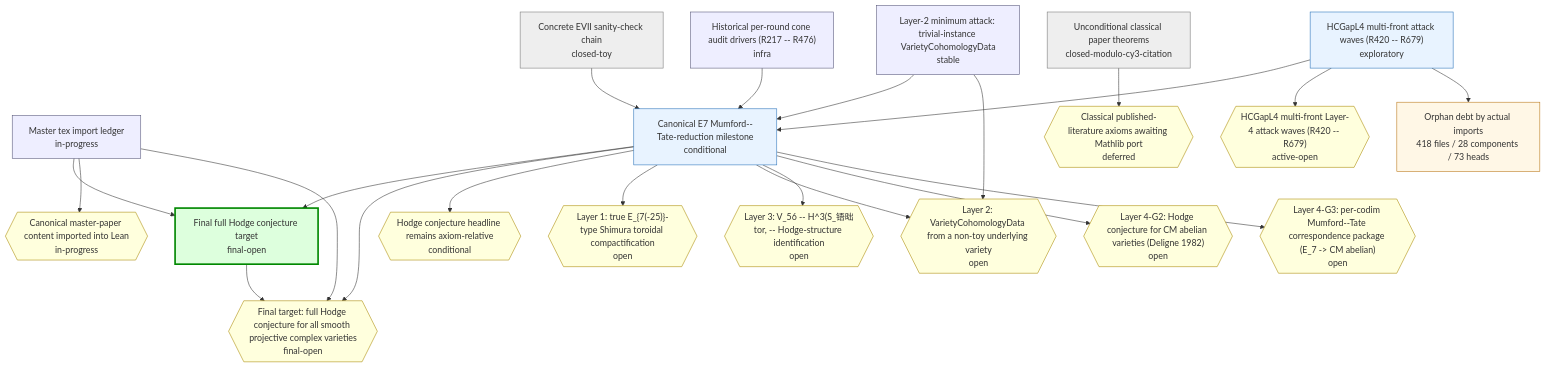
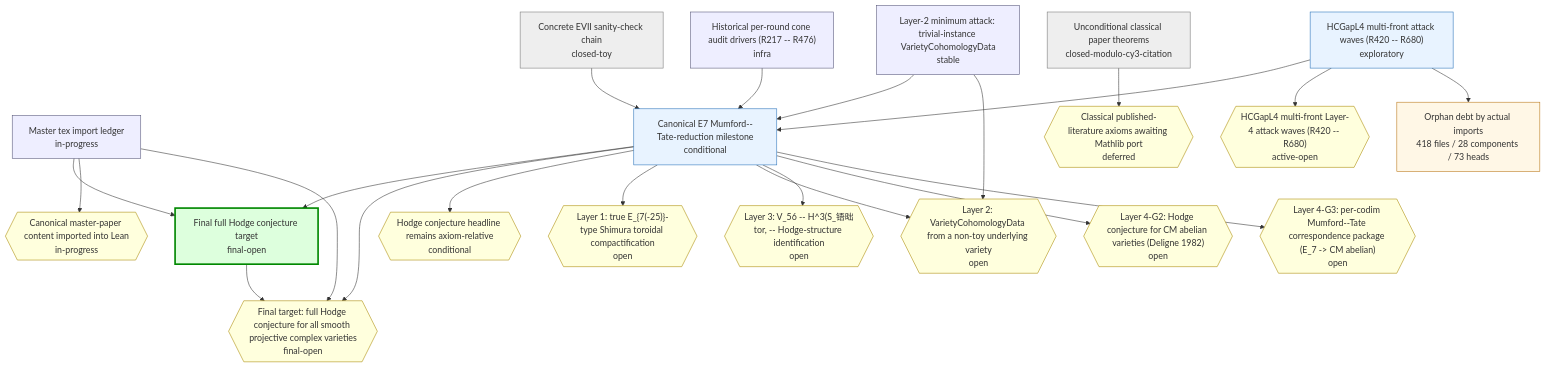
Before and after one commit to crabsatellite/hodge-conjecture-lean4-formalization: the first of 2 diagrams in chain-status/research-map.md, drawn with Mermaid. The commit also changed other lines of this file and 8 other files, not shown here.

````diff
--- a/chain-status/research-map.md
+++ b/chain-status/research-map.md
@@ -46,54 +46,54 @@
 ```mermaid
 graph TD
   classDef main fill:#dfd,stroke:#080,stroke-width:3px
   classDef active fill:#e8f3ff,stroke:#2670b8
   classDef support fill:#eef,stroke:#557
   classDef closed fill:#eee,stroke:#777
   classDef dead fill:#fdd,stroke:#a00,stroke-width:2px
   classDef gapOpen fill:#ffd,stroke:#a80
   classDef gapClosed fill:#eee,stroke:#777
   classDef gapDead fill:#fdd,stroke:#a00
   classDef debt fill:#fff7e6,stroke:#b87514
   classDef debtTaxonomy fill:#e8f3ff,stroke:#2670b8,stroke-dasharray:3 3
   classDef debtRule fill:#eefbea,stroke:#398439,stroke-dasharray:3 3
   classDef debtDead fill:#fdd,stroke:#a00,stroke-dasharray:3 3
   chain_full_hc_final_target["Final full Hodge conjecture target\nfinal-open"]:::main
   chain_master_paper_import_ledger["Master tex import ledger\nin-progress"]:::support
   chain_main_hc_axiom_relative["Canonical E7 Mumford--Tate-reduction milestone\nconditional"]:::active
   chain_unconditional_classical["Unconditional classical paper theorems\nclosed-modulo-cy3-citation"]:::closed
   chain_hcgap_l2_trivial_instances["Layer-2 minimum attack: trivial-instance VarietyCohomologyData\nstable"]:::support
-  chain_hcgap_l4_multifront_active["HCGapL4 multi-front attack waves (R420 -- R679)\nexploratory"]:::active
+  chain_hcgap_l4_multifront_active["HCGapL4 multi-front attack waves (R420 -- R680)\nexploratory"]:::active
   chain_concrete_evii_toy["Concrete EVII sanity-check chain\nclosed-toy"]:::closed
   chain_historical_cone_audits["Historical per-round cone audit drivers (R217 -- R476)\ninfra"]:::support
   gap_G_full_hc{{"Final target: full Hodge conjecture for all smooth projective complex varieties\nfinal-open"}}:::gapOpen
   gap_G_master_paper_import{{"Canonical master-paper content imported into Lean\nin-progress"}}:::gapOpen
   gap_G_main_hc{{"Hodge conjecture headline remains axiom-relative\nconditional"}}:::gapOpen
   gap_G_l1_e7_shimura_tor{{"Layer 1: true E_{7(-25)}-type Shimura toroidal compactification\nopen"}}:::gapOpen
   gap_G_l2_cohomology_construction{{"Layer 2: VarietyCohomologyData from a non-toy underlying variety\nopen"}}:::gapOpen
   gap_G_l3_v56_mt_identification{{"Layer 3: V_56 -- H^3(S_铻昢tor, -- Hodge-structure identification\nopen"}}:::gapOpen
   gap_G_l4_cm_abelian_hc{{"Layer 4-G2: Hodge conjecture for CM abelian varieties (Deligne 1982)\nopen"}}:::gapOpen
   gap_G_l4_mt_correspondence{{"Layer 4-G3: per-codim Mumford--Tate correspondence package (E_7 -> CM abelian)\nopen"}}:::gapOpen
   gap_G_classical_mathlib_port{{"Classical published-literature axioms awaiting Mathlib port\ndeferred"}}:::gapOpen
-  gap_G_hcgap_l4_multifront{{"HCGapL4 multi-front Layer-4 attack waves (R420 -- R679)\nactive-open"}}:::gapOpen
+  gap_G_hcgap_l4_multifront{{"HCGapL4 multi-front Layer-4 attack waves (R420 -- R680)\nactive-open"}}:::gapOpen
   chain_full_hc_final_target --> gap_G_full_hc
   chain_master_paper_import_ledger --> chain_full_hc_final_target
   chain_master_paper_import_ledger --> gap_G_master_paper_import
   chain_master_paper_import_ledger --> gap_G_full_hc
   chain_main_hc_axiom_relative --> chain_full_hc_final_target
   chain_main_hc_axiom_relative --> gap_G_full_hc
   chain_main_hc_axiom_relative --> gap_G_main_hc
   chain_main_hc_axiom_relative --> gap_G_l1_e7_shimura_tor
   chain_main_hc_axiom_relative --> gap_G_l2_cohomology_construction
   chain_main_hc_axiom_relative --> gap_G_l3_v56_mt_identification
   chain_main_hc_axiom_relative --> gap_G_l4_cm_abelian_hc
   chain_main_hc_axiom_relative --> gap_G_l4_mt_correspondence
   chain_unconditional_classical --> gap_G_classical_mathlib_port
   chain_hcgap_l2_trivial_instances --> chain_main_hc_axiom_relative
   chain_hcgap_l2_trivial_instances --> gap_G_l2_cohomology_construction
   chain_hcgap_l4_multifront_active --> chain_main_hc_axiom_relative
   chain_hcgap_l4_multifront_active --> gap_G_hcgap_l4_multifront
   chain_concrete_evii_toy --> chain_main_hc_axiom_relative
   chain_historical_cone_audits --> chain_main_hc_axiom_relative
   debt_all["Orphan debt by actual imports\n418 files / 28 components / 73 heads"]:::debt
   chain_hcgap_l4_multifront_active --> debt_all
 ```
````
